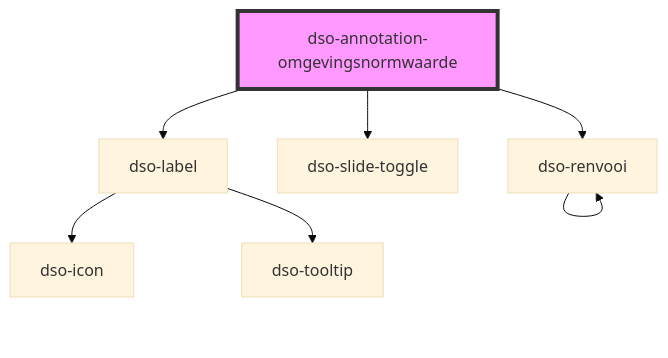
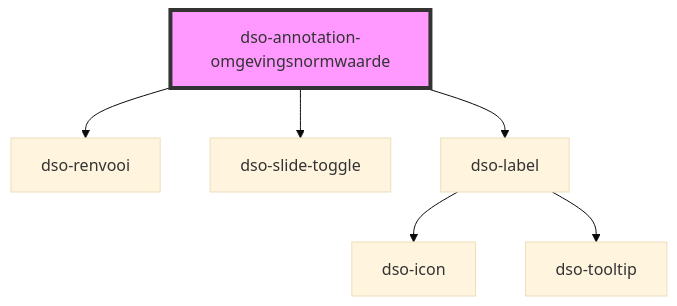
Before and after one commit to dso-toolkit/dso-toolkit: the diagram in packages/core/src/components/annotation/annotation-omgevingsnormwaarde/readme.md, drawn with Mermaid (base theme). The commit also changed 28 other files, not shown here.

````diff
--- a/packages/core/src/components/annotation/annotation-omgevingsnormwaarde/readme.md
+++ b/packages/core/src/components/annotation/annotation-omgevingsnormwaarde/readme.md
@@ -48,10 +48,9 @@
 ```mermaid
 graph TD;
   dso-annotation-omgevingsnormwaarde --> dso-renvooi
   dso-annotation-omgevingsnormwaarde --> dso-slide-toggle
   dso-annotation-omgevingsnormwaarde --> dso-label
-  dso-renvooi --> dso-renvooi
   dso-label --> dso-icon
   dso-label --> dso-tooltip
   style dso-annotation-omgevingsnormwaarde fill:#f9f,stroke:#333,stroke-width:4px
 ```
````
